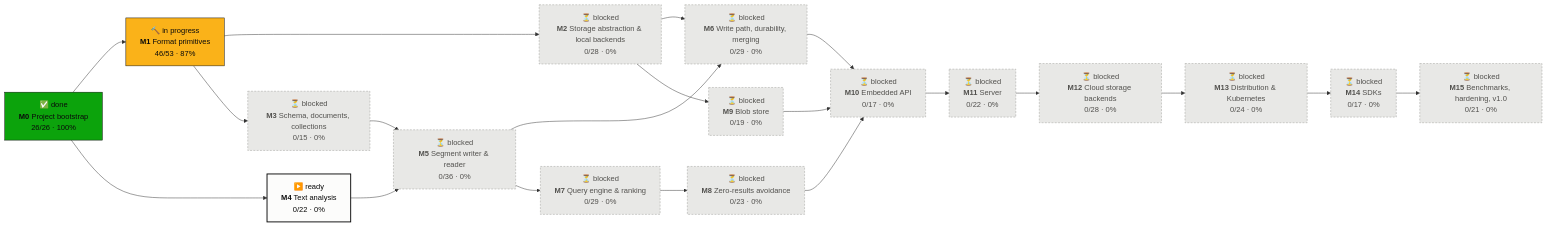
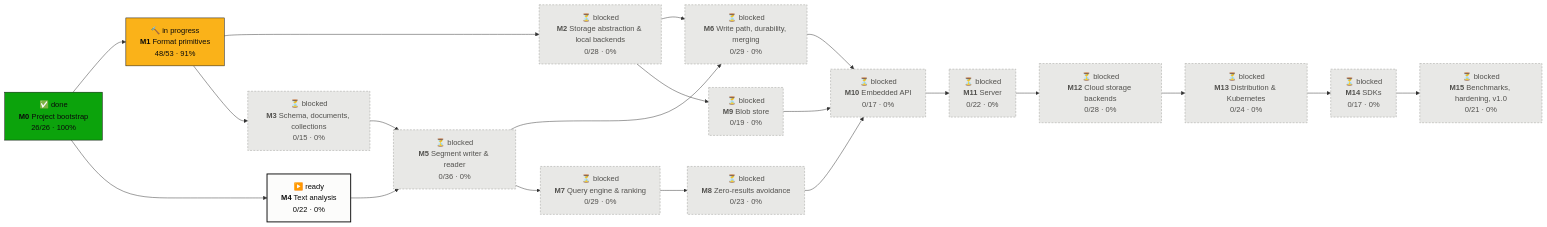
One commit to tomiok/persiaDB changed the first of 2 diagrams in PROGRESS.md. Above: the diagram before and after it, drawn with Mermaid. The commit also changed other lines of this file and 15 other files, not shown here.

First line of the commit message:
fix(xtask): address batch review of 1.9; tick ROADMAP 1.9.1, 1.9.2

````diff
--- a/PROGRESS.md
+++ b/PROGRESS.md
@@ -14,42 +14,42 @@
 ```mermaid
 flowchart LR
   M0["✅ done<br/><b>M0</b> Project bootstrap<br/>26/26 · 100%"]:::done
-  M1["🔨 in progress<br/><b>M1</b> Format primitives<br/>46/53 · 87%"]:::doing
+  M1["🔨 in progress<br/><b>M1</b> Format primitives<br/>48/53 · 91%"]:::doing
   M2["⏳ blocked<br/><b>M2</b> Storage abstraction & local backends<br/>0/28 · 0%"]:::blocked
   M3["⏳ blocked<br/><b>M3</b> Schema, documents, collections<br/>0/15 · 0%"]:::blocked
   M4["▶️ ready<br/><b>M4</b> Text analysis<br/>0/22 · 0%"]:::ready
   M5["⏳ blocked<br/><b>M5</b> Segment writer & reader<br/>0/36 · 0%"]:::blocked
   M6["⏳ blocked<br/><b>M6</b> Write path, durability, merging<br/>0/29 · 0%"]:::blocked
   M7["⏳ blocked<br/><b>M7</b> Query engine & ranking<br/>0/29 · 0%"]:::blocked
   M8["⏳ blocked<br/><b>M8</b> Zero-results avoidance<br/>0/23 · 0%"]:::blocked
   M9["⏳ blocked<br/><b>M9</b> Blob store<br/>0/19 · 0%"]:::blocked
   M10["⏳ blocked<br/><b>M10</b> Embedded API<br/>0/17 · 0%"]:::blocked
   M11["⏳ blocked<br/><b>M11</b> Server<br/>0/22 · 0%"]:::blocked
   M12["⏳ blocked<br/><b>M12</b> Cloud storage backends<br/>0/28 · 0%"]:::blocked
   M13["⏳ blocked<br/><b>M13</b> Distribution & Kubernetes<br/>0/24 · 0%"]:::blocked
   M14["⏳ blocked<br/><b>M14</b> SDKs<br/>0/17 · 0%"]:::blocked
   M15["⏳ blocked<br/><b>M15</b> Benchmarks, hardening, v1.0<br/>0/21 · 0%"]:::blocked
   M0 --> M1
   M1 --> M2
   M1 --> M3
   M0 --> M4
   M3 --> M5
   M4 --> M5
   M2 --> M6
   M5 --> M6
   M5 --> M7
   M7 --> M8
   M2 --> M9
   M6 --> M10
   M8 --> M10
   M9 --> M10
   M10 --> M11
   M11 --> M12
   M12 --> M13
   M13 --> M14
   M14 --> M15
   classDef done fill:#0ca30c,stroke:#0b0b0b,color:#0b0b0b
   classDef doing fill:#fab219,stroke:#0b0b0b,color:#0b0b0b
   classDef ready fill:#fcfcfb,stroke:#0b0b0b,stroke-width:2px,color:#0b0b0b
   classDef blocked fill:#e8e8e6,stroke:#9a9a96,stroke-dasharray:4 3,color:#52514e
 ```
````
